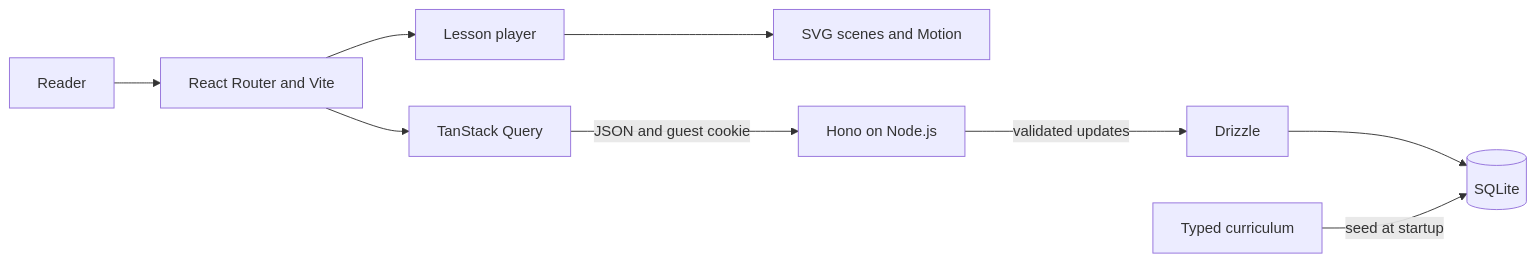
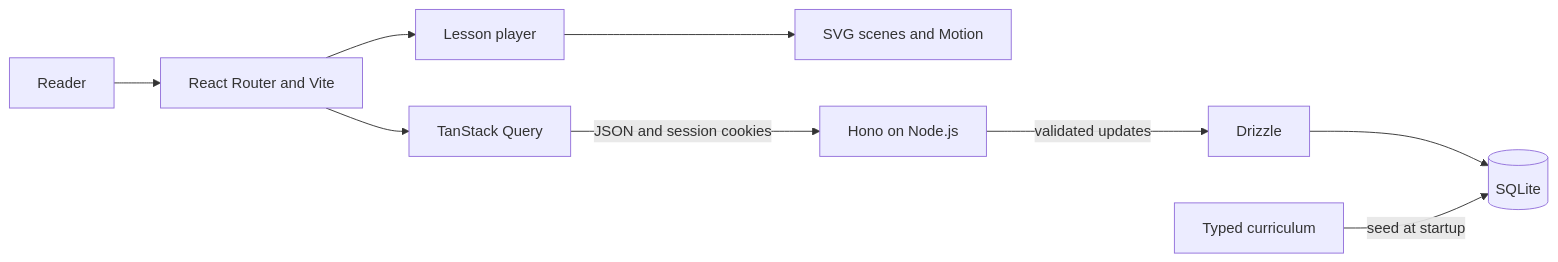
One commit to dylangrijalva/wiki-react changed the diagram in README.md. Above: the diagram before and after it, drawn with Mermaid. The commit also changed other lines of this file and 32 other files, not shown here.

````diff
--- a/README.md
+++ b/README.md
@@ -61,11 +63,11 @@
 ```mermaid
 flowchart LR
   Reader[Reader] --> Web[React Router and Vite]
   Web --> Player[Lesson player]
   Player --> Scene[SVG scenes and Motion]
   Web --> Query[TanStack Query]
-  Query -->|JSON and guest cookie| API[Hono on Node.js]
+  Query -->|JSON and session cookies| API[Hono on Node.js]
   API -->|validated updates| ORM[Drizzle]
   ORM --> DB[(SQLite)]
   Content[Typed curriculum] -->|seed at startup| DB
 ```
````
